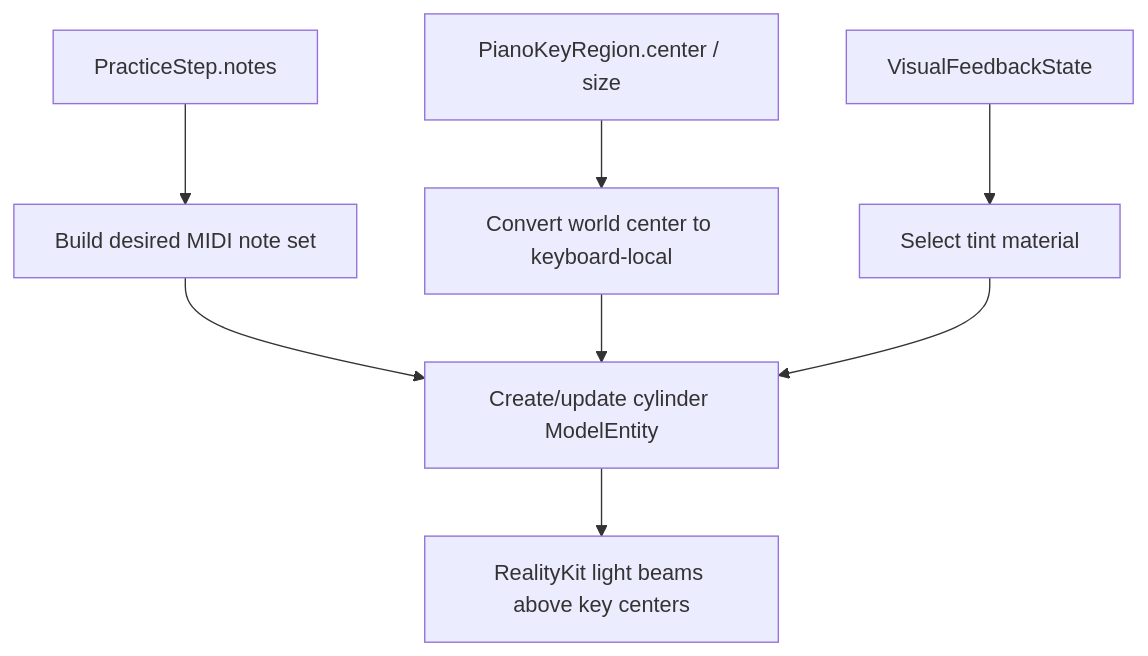
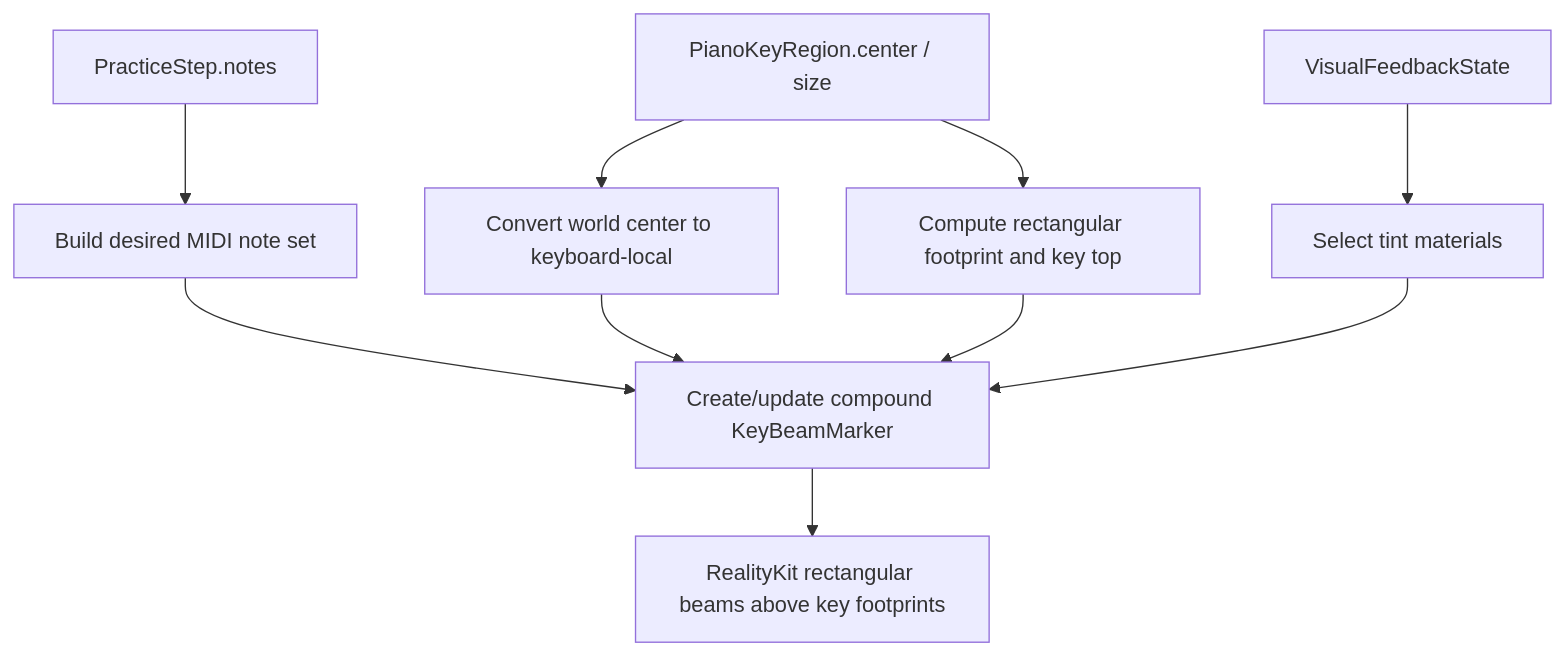
Before and after one commit to chiimagnus/LonelyPianist: the second of 2 diagrams in .github/deepwiki/data-flow.md, drawn with Mermaid. The commit also changed other lines of this file, not shown here.

````diff
--- a/.github/deepwiki/data-flow.md
+++ b/.github/deepwiki/data-flow.md
@@ -52,10 +52,12 @@
 ```mermaid
 flowchart TD
   A[PracticeStep.notes] --> B[Build desired MIDI note set]
   C[PianoKeyRegion.center / size] --> D[Convert world center to keyboard-local]
-  B --> E[Create/update cylinder ModelEntity]
+  C --> I[Compute rectangular footprint and key top]
+  B --> E[Create/update compound KeyBeamMarker]
   D --> E
-  F[VisualFeedbackState] --> G[Select tint material]
+  I --> E
+  F[VisualFeedbackState] --> G[Select tint materials]
   G --> E
-  E --> H[RealityKit light beams above key centers]
+  E --> H[RealityKit rectangular beams above key footprints]
 ```
````
